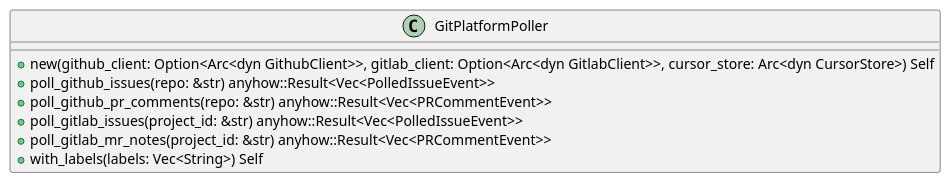
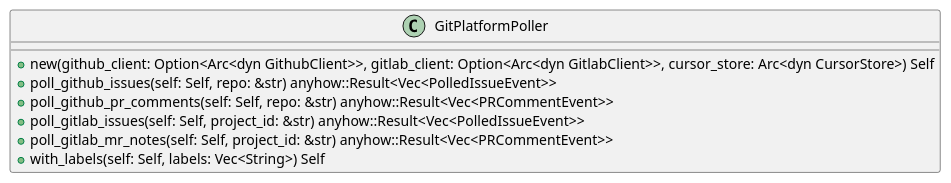
The first of 6 diagrams in openwiki/crates_factory_infrastructure_src_git_poller.md (lgcorzo/rust_CACD_autonomous_factory), drawn with PlantUML before and after one commit. The commit also changed other lines of this file and 95 other files, not shown here.

````diff
--- a/openwiki/crates_factory_infrastructure_src_git_poller.md
+++ b/openwiki/crates_factory_infrastructure_src_git_poller.md
@@ -231,13 +236,13 @@
 ```plantuml
 @startuml
 class GitPlatformPoller {
     +new(github_client: Option<Arc<dyn GithubClient>>, gitlab_client: Option<Arc<dyn GitlabClient>>, cursor_store: Arc<dyn CursorStore>) Self
-    +poll_github_issues(repo: &str) anyhow::Result<Vec<PolledIssueEvent>>
-    +poll_github_pr_comments(repo: &str) anyhow::Result<Vec<PRCommentEvent>>
-    +poll_gitlab_issues(project_id: &str) anyhow::Result<Vec<PolledIssueEvent>>
-    +poll_gitlab_mr_notes(project_id: &str) anyhow::Result<Vec<PRCommentEvent>>
-    +with_labels(labels: Vec<String>) Self
+    +poll_github_issues(self: Self, repo: &str) anyhow::Result<Vec<PolledIssueEvent>>
+    +poll_github_pr_comments(self: Self, repo: &str) anyhow::Result<Vec<PRCommentEvent>>
+    +poll_gitlab_issues(self: Self, project_id: &str) anyhow::Result<Vec<PolledIssueEvent>>
+    +poll_gitlab_mr_notes(self: Self, project_id: &str) anyhow::Result<Vec<PRCommentEvent>>
+    +with_labels(self: Self, labels: Vec<String>) Self
 }
 @enduml
 
 ```
````
